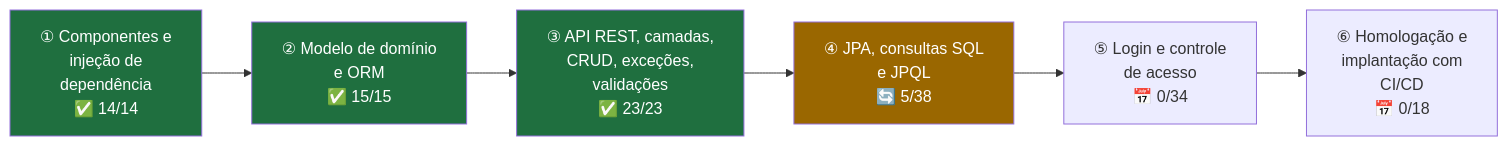
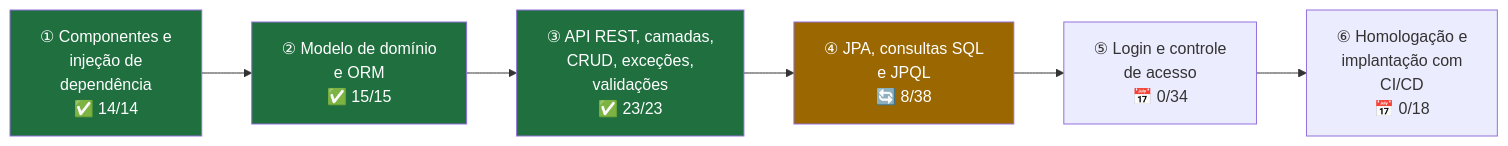
Before and after one commit to k3vinrich4rd/k3vinrich4rd: diagram 20 of 21 in README.md, drawn with Mermaid. The commit also changed other lines of this file and 2 other files, not shown here.

````diff
--- a/README.md
+++ b/README.md
@@ -2500,8 +2500,8 @@
 ```mermaid
 flowchart LR
-    C1["① Componentes e<br/>injeção de<br/>dependência<br/>✅ 14/14"] --> C2["② Modelo de domínio<br/>e ORM<br/>✅ 15/15"] --> C3["③ API REST, camadas,<br/>CRUD, exceções,<br/>validações<br/>✅ 23/23"] --> C4["④ JPA, consultas SQL<br/>e JPQL<br/>🔄 5/38"] --> C5["⑤ Login e controle<br/>de acesso<br/>📅 0/34"] --> C6["⑥ Homologação e<br/>implantação com<br/>CI/CD<br/>📅 0/18"]
+    C1["① Componentes e<br/>injeção de<br/>dependência<br/>✅ 14/14"] --> C2["② Modelo de domínio<br/>e ORM<br/>✅ 15/15"] --> C3["③ API REST, camadas,<br/>CRUD, exceções,<br/>validações<br/>✅ 23/23"] --> C4["④ JPA, consultas SQL<br/>e JPQL<br/>🔄 8/38"] --> C5["⑤ Login e controle<br/>de acesso<br/>📅 0/34"] --> C6["⑥ Homologação e<br/>implantação com<br/>CI/CD<br/>📅 0/18"]
     style C1 fill:#1f6f3f,color:#fff
     style C2 fill:#1f6f3f,color:#fff
     style C3 fill:#1f6f3f,color:#fff
     style C4 fill:#9a6700,color:#fff
 ```
````
